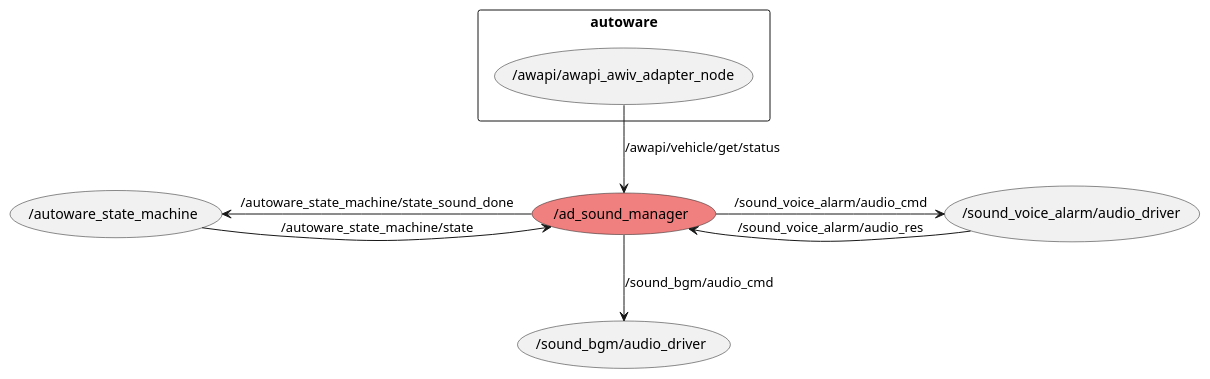
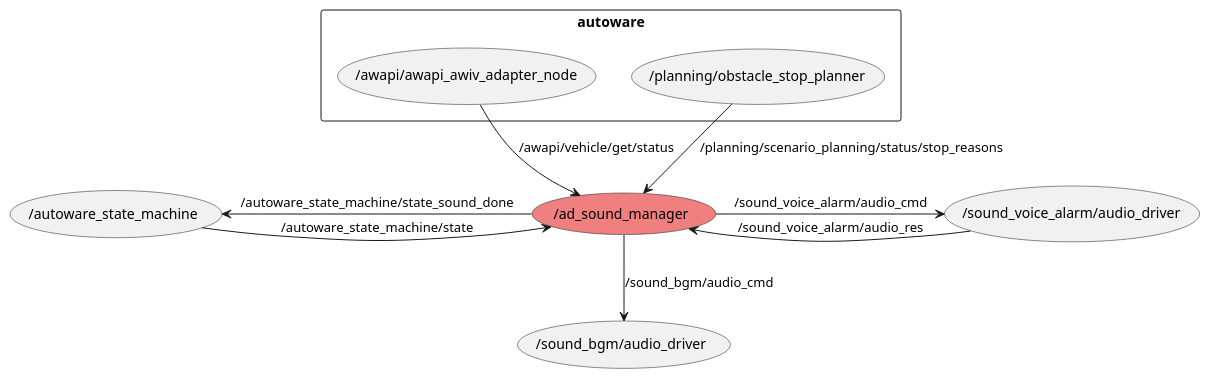
Before and after one commit to eve-autonomy/ad_sound_manager: the diagram in docs/node_graph.pu, drawn with PlantUML. The commit also changed 1 other file, not shown here.

Commit message:
Update README and node graph for stop-reason sounds (#19)

```diff
--- a/docs/node_graph.pu
+++ b/docs/node_graph.pu
@@ -1,17 +1,19 @@
 @startuml
 rectangle "autoware" {
   usecase "/awapi/awapi_awiv_adapter_node"
+  usecase "/planning/obstacle_stop_planner"
 }
 
 usecase "/autoware_state_machine"
 usecase "/ad_sound_manager" #LightCoral
 usecase "/sound_voice_alarm/audio_driver"
 usecase "/sound_bgm/audio_driver"
 
 (/awapi/awapi_awiv_adapter_node) --> (/ad_sound_manager) : /awapi/vehicle/get/status
+(/planning/obstacle_stop_planner) --> (/ad_sound_manager) : /planning/scenario_planning/status/stop_reasons
 (/autoware_state_machine) -> (/ad_sound_manager) : /autoware_state_machine/state
 (/autoware_state_machine) <- (/ad_sound_manager) : /autoware_state_machine/state_sound_done
 (/ad_sound_manager) -> (/sound_voice_alarm/audio_driver) : /sound_voice_alarm/audio_cmd
 (/ad_sound_manager) <- (/sound_voice_alarm/audio_driver) : /sound_voice_alarm/audio_res
 (/ad_sound_manager) --> (/sound_bgm/audio_driver) : /sound_bgm/audio_cmd
 @enduml
```
